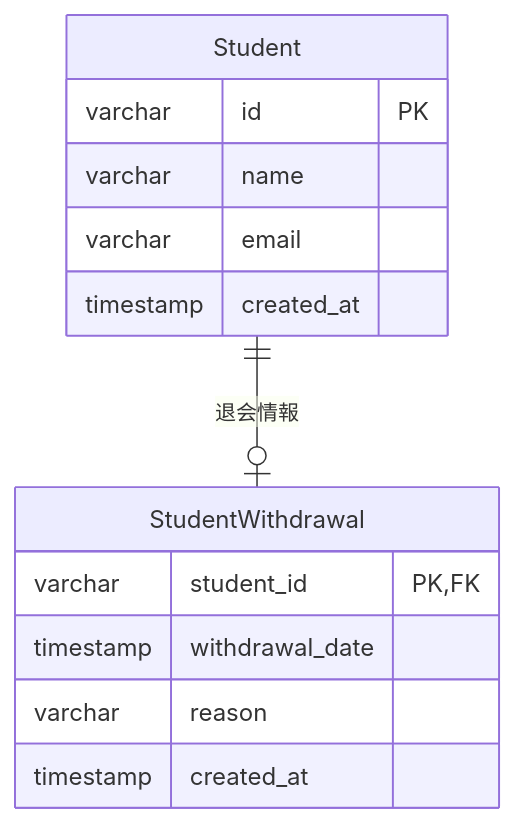
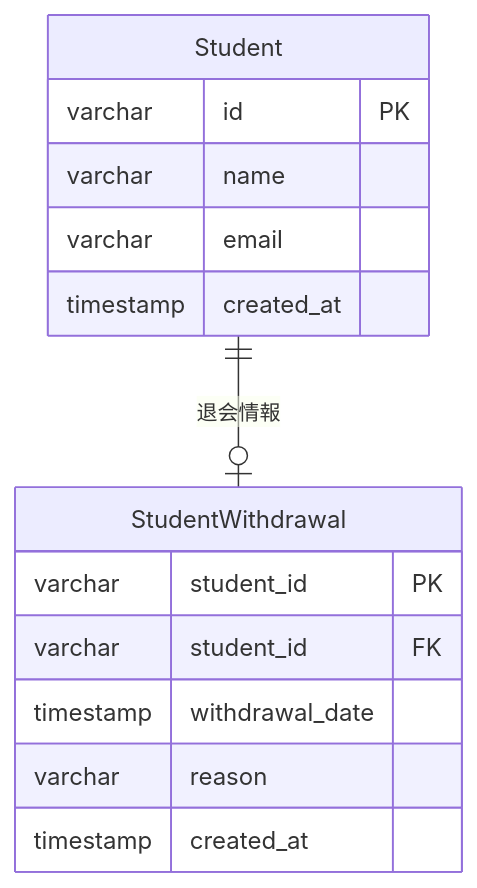
Before and after one commit to daiki-tadokoro/praha-challenge: the second of 3 diagrams in Database/07_modeling/課題1-2.md, drawn with Mermaid.

````diff
--- a/Database/07_modeling/課題1-2.md
+++ b/Database/07_modeling/課題1-2.md
@@ -37,18 +37,19 @@
 ```mermaid
 erDiagram
     Student {
         varchar id PK
         varchar name
         varchar email
         timestamp created_at
     }
     
     StudentWithdrawal {
-        varchar student_id PK,FK
+        varchar student_id PK
+        varchar student_id FK
         timestamp withdrawal_date
         varchar reason
         timestamp created_at
     }
     
     Student ||--o| StudentWithdrawal : "退会情報"
 ```
````
